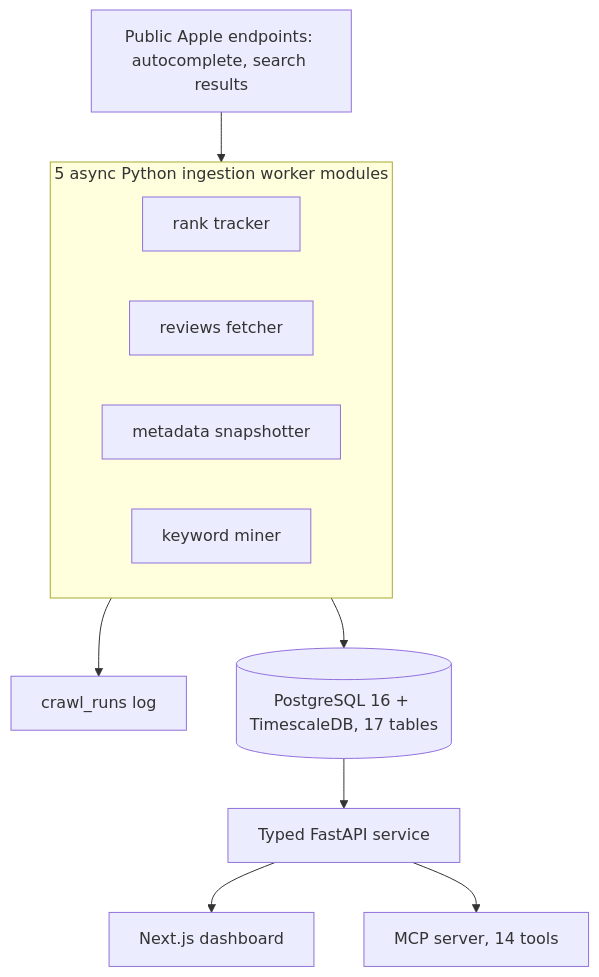
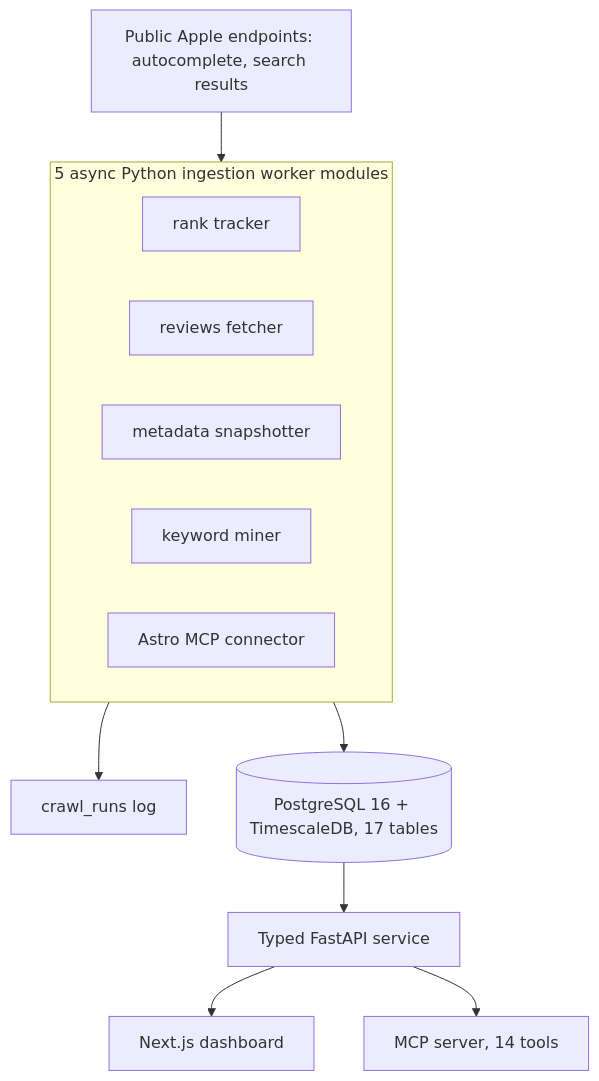
One commit to TechVoyagerr/surfaced-aso changed the diagram in README.md. Above: the diagram before and after it, drawn with Mermaid. The commit also changed other lines of this file, not shown here.

````diff
--- a/README.md
+++ b/README.md
@@ -15,15 +15,16 @@
 ```mermaid
 flowchart TB
   SRC[Public Apple endpoints: autocomplete, search results] --> W
   subgraph W[5 async Python ingestion worker modules]
     RT[rank tracker]
     RV[reviews fetcher]
     MS[metadata snapshotter]
     TM[keyword miner]
+    AC[Astro MCP connector]
   end
   W --> CR[crawl_runs log]
   W --> DB[(PostgreSQL 16 + TimescaleDB, 17 tables)]
   DB --> API[Typed FastAPI service]
   API --> WEB[Next.js dashboard]
   API --> MCP[MCP server, 14 tools]
 ```
````
